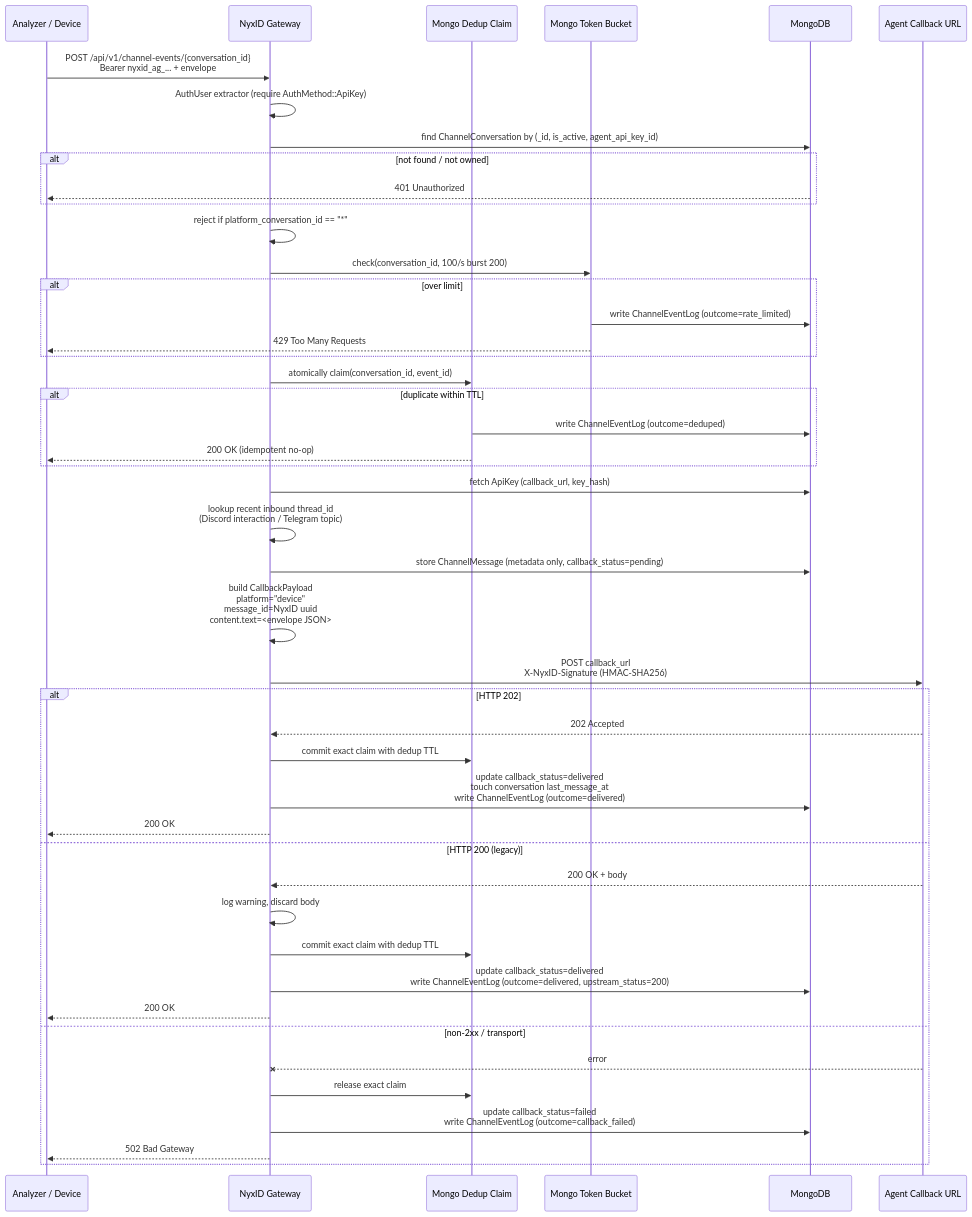
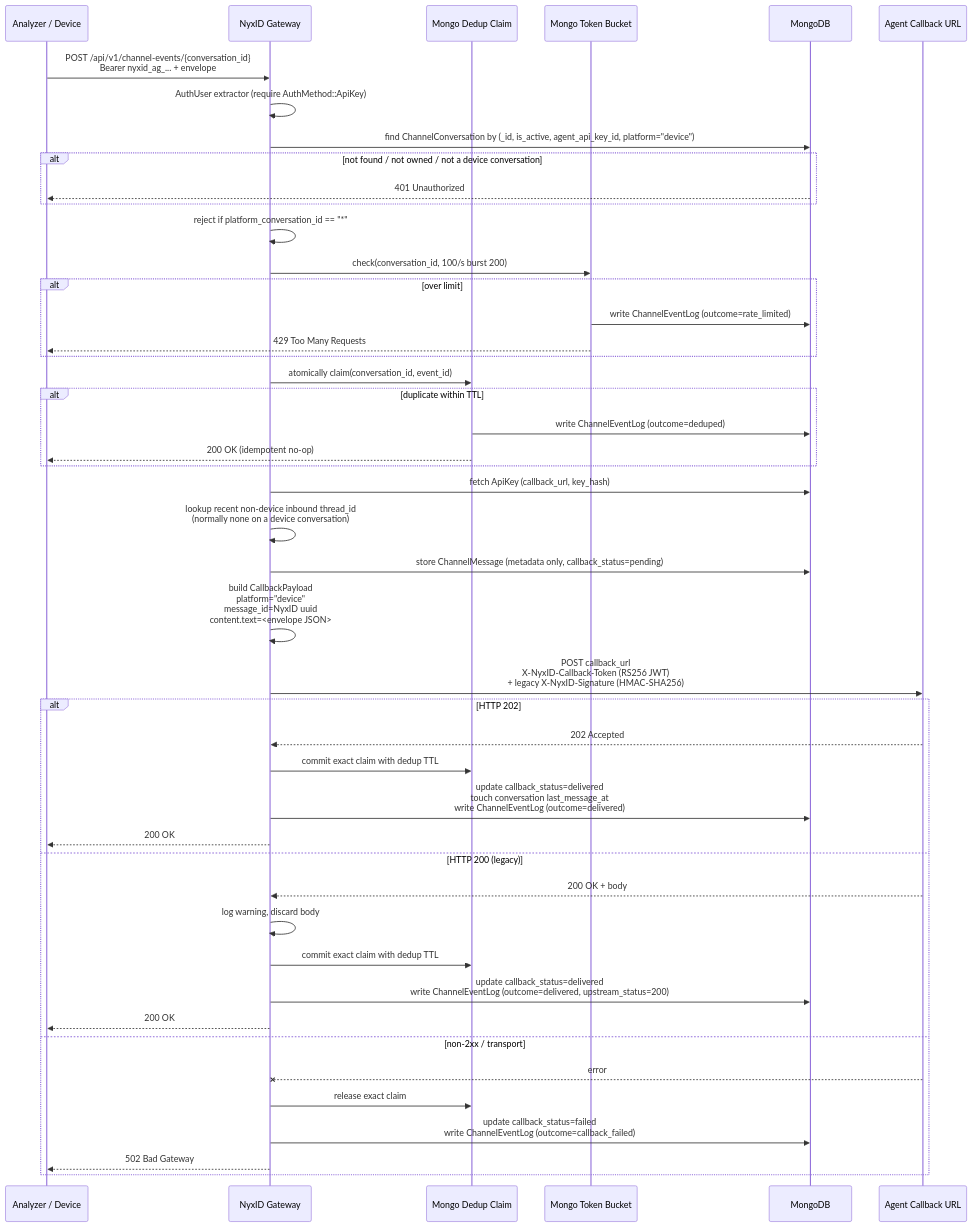
The second of 3 diagrams in docs/CHANNEL_EVENT_GATEWAY.md (ChronoAIProject/NyxID), drawn with Mermaid before and after one commit. The commit also changed other lines of this file and 8 other files, not shown here.

````diff
--- a/docs/CHANNEL_EVENT_GATEWAY.md
+++ b/docs/CHANNEL_EVENT_GATEWAY.md
@@ -59,49 +56,49 @@
 ```mermaid
 sequenceDiagram
     participant Analyzer as Analyzer / Device
     participant NyxID as NyxID Gateway
     participant Dedup as Mongo Dedup Claim
     participant ChanRL as Mongo Token Bucket
     participant DB as MongoDB
     participant Agent as Agent Callback URL
 
     Analyzer->>NyxID: POST /api/v1/channel-events/{conversation_id}<br/>Bearer nyxid_ag_... + envelope
     NyxID->>NyxID: AuthUser extractor (require AuthMethod::ApiKey)
-    NyxID->>DB: find ChannelConversation by (_id, is_active, agent_api_key_id)
-    alt not found / not owned
+    NyxID->>DB: find ChannelConversation by (_id, is_active, agent_api_key_id, platform="device")
+    alt not found / not owned / not a device conversation
         DB-->>Analyzer: 401 Unauthorized
     end
     NyxID->>NyxID: reject if platform_conversation_id == "*"
     NyxID->>ChanRL: check(conversation_id, 100/s burst 200)
     alt over limit
         ChanRL->>DB: write ChannelEventLog (outcome=rate_limited)
         ChanRL-->>Analyzer: 429 Too Many Requests
     end
     NyxID->>Dedup: atomically claim(conversation_id, event_id)
     alt duplicate within TTL
         Dedup->>DB: write ChannelEventLog (outcome=deduped)
         Dedup-->>Analyzer: 200 OK (idempotent no-op)
     end
     NyxID->>DB: fetch ApiKey (callback_url, key_hash)
-    NyxID->>NyxID: lookup recent inbound thread_id<br/>(Discord interaction / Telegram topic)
+    NyxID->>NyxID: lookup recent non-device inbound thread_id<br/>(normally none on a device conversation)
     NyxID->>DB: store ChannelMessage (metadata only, callback_status=pending)
     NyxID->>NyxID: build CallbackPayload<br/>platform="device"<br/>message_id=NyxID uuid<br/>content.text=<envelope JSON>
-    NyxID->>Agent: POST callback_url<br/>X-NyxID-Signature (HMAC-SHA256)
+    NyxID->>Agent: POST callback_url<br/>X-NyxID-Callback-Token (RS256 JWT)<br/>+ legacy X-NyxID-Signature (HMAC-SHA256)
     alt HTTP 202
         Agent-->>NyxID: 202 Accepted
         NyxID->>Dedup: commit exact claim with dedup TTL
         NyxID->>DB: update callback_status=delivered<br/>touch conversation last_message_at<br/>write ChannelEventLog (outcome=delivered)
         NyxID-->>Analyzer: 200 OK
     else HTTP 200 (legacy)
         Agent-->>NyxID: 200 OK + body
         NyxID->>NyxID: log warning, discard body
         NyxID->>Dedup: commit exact claim with dedup TTL
         NyxID->>DB: update callback_status=delivered<br/>write ChannelEventLog (outcome=delivered, upstream_status=200)
         NyxID-->>Analyzer: 200 OK
     else non-2xx / transport
         Agent--xNyxID: error
         NyxID->>Dedup: release exact claim
         NyxID->>DB: update callback_status=failed<br/>write ChannelEventLog (outcome=callback_failed)
         NyxID-->>Analyzer: 502 Bad Gateway
     end
 ```
````
